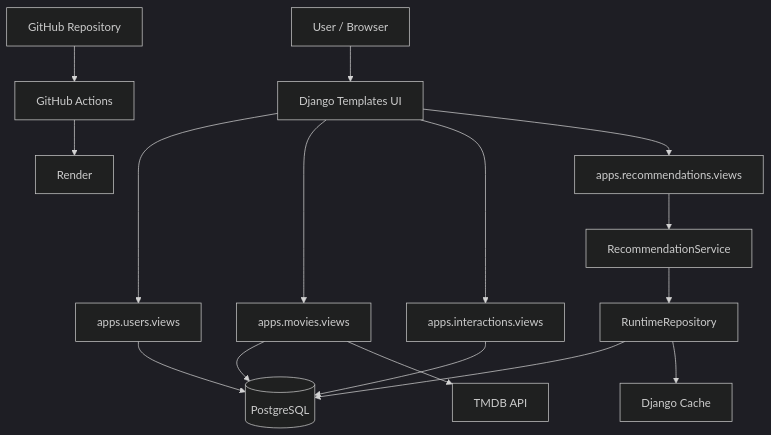
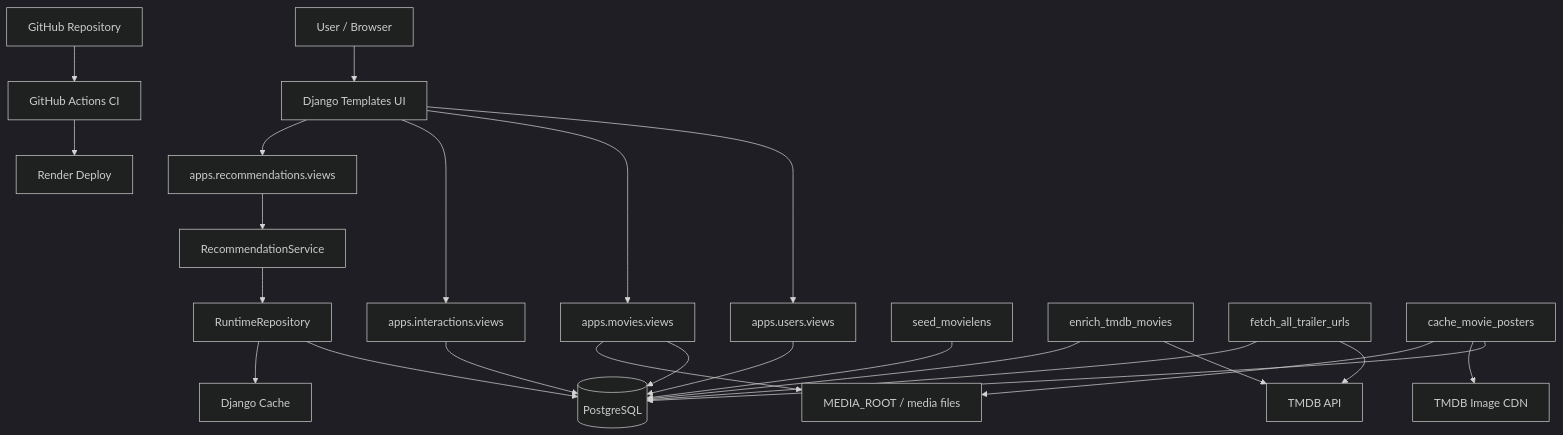
Before and after one commit to Rakhimboyev-FerUzbek/movie_recommender_dissertation: the diagram in docs/diagrams/system_architecture.mmd, drawn with Mermaid (dark theme). The commit also changed 12 other files, not shown here.

```diff
--- a/docs/diagrams/system_architecture.mmd
+++ b/docs/diagrams/system_architecture.mmd
@@ -1,16 +1,29 @@
 flowchart TD
     U[User / Browser] --> T[Django Templates UI]
     T --> V1[apps.users.views]
     T --> V2[apps.movies.views]
     T --> V3[apps.interactions.views]
     T --> V4[apps.recommendations.views]
+
     V1 --> DB[(PostgreSQL)]
     V2 --> DB
     V3 --> DB
     V4 --> S[RecommendationService]
+
     S --> R[RuntimeRepository]
     R --> DB
     R --> C[Django Cache]
-    V2 --> TMDB[TMDB API]
-    GH[GitHub Repository] --> CI[GitHub Actions]
-    CI --> RD[Render]
+
+    V2 --> M[MEDIA_ROOT / media files]
+
+    CMD1[seed_movielens] --> DB
+    CMD2[enrich_tmdb_movies] --> TMDB[TMDB API]
+    CMD2 --> DB
+    CMD3[fetch_all_trailer_urls] --> TMDB
+    CMD3 --> DB
+    CMD4[cache_movie_posters] --> DB
+    CMD4 --> IMG[TMDB Image CDN]
+    CMD4 --> M
+
+    GH[GitHub Repository] --> CI[GitHub Actions CI]
+    CI --> RD[Render Deploy]
```
